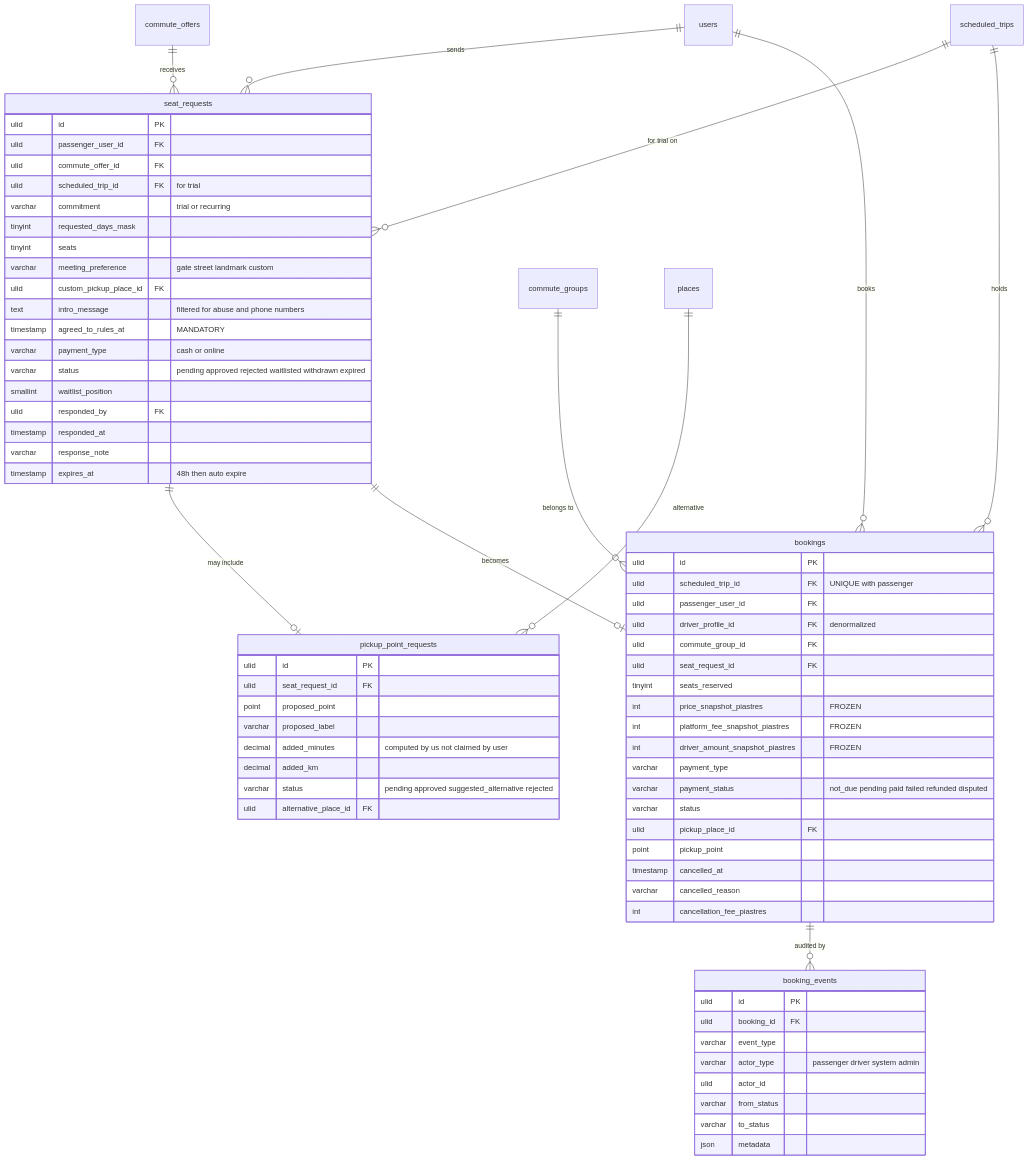
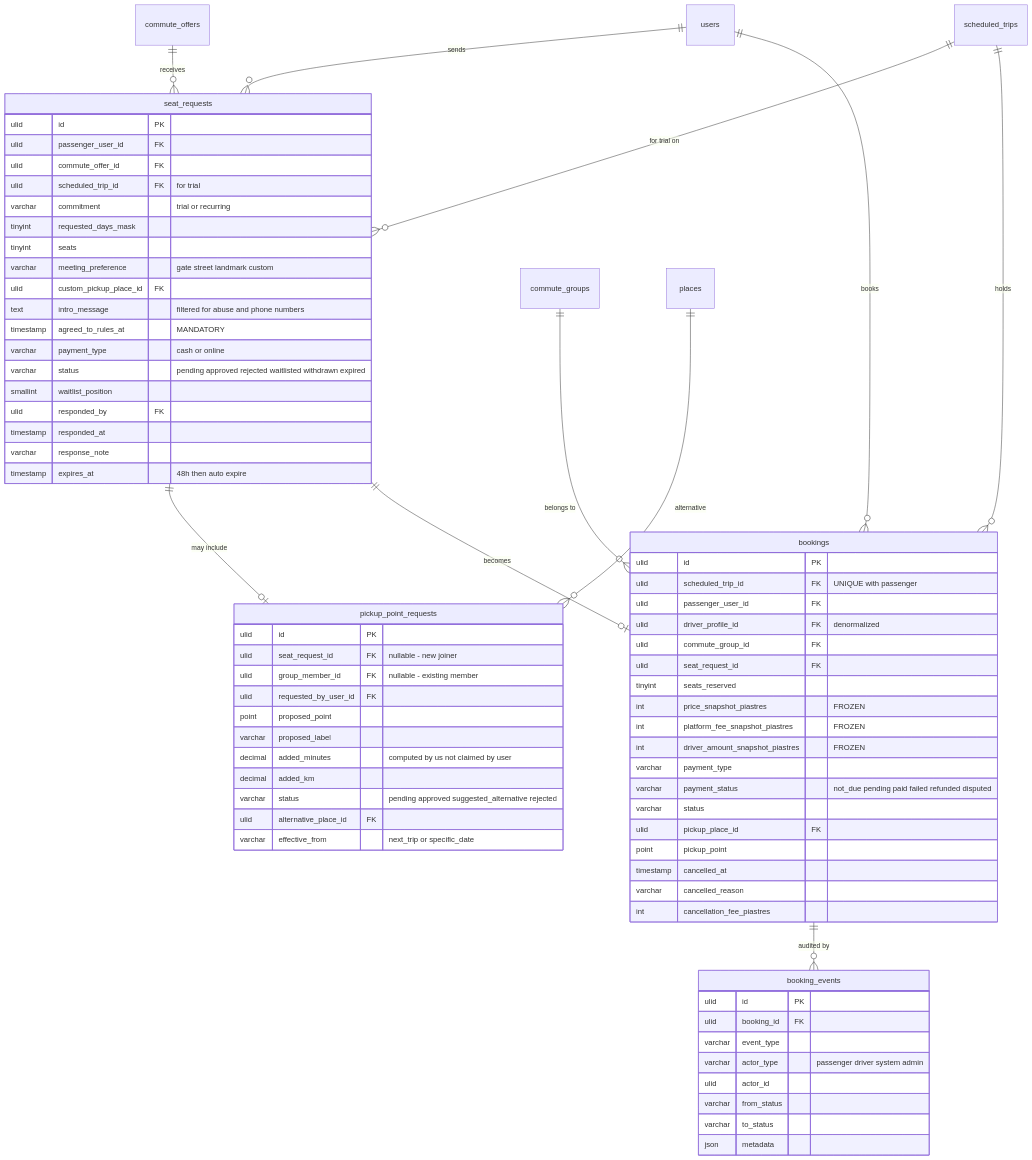
One commit to AhmedHamdy7/Rafeeq changed diagram 12 of 24 in Rafeeq doc/RAFEEQ_ERD.md. Above: the diagram before and after it, drawn with Mermaid. The commit also changed other lines of this file and 394 other files, not shown here.

````diff
--- a/Rafeeq doc/RAFEEQ_ERD.md
+++ b/Rafeeq doc/RAFEEQ_ERD.md
@@ -814,74 +856,77 @@
 ```mermaid
 erDiagram
     users ||--o{ seat_requests : sends
     commute_offers ||--o{ seat_requests : receives
     scheduled_trips ||--o{ seat_requests : "for trial on"
     seat_requests ||--o| pickup_point_requests : "may include"
     seat_requests ||--o| bookings : "becomes"
     scheduled_trips ||--o{ bookings : holds
     users ||--o{ bookings : books
     commute_groups ||--o{ bookings : "belongs to"
     bookings ||--o{ booking_events : "audited by"
     places ||--o{ pickup_point_requests : "alternative"
 
     seat_requests {
         ulid id PK
         ulid passenger_user_id FK
         ulid commute_offer_id FK
         ulid scheduled_trip_id FK "for trial"
         varchar commitment "trial or recurring"
         tinyint requested_days_mask
         tinyint seats
         varchar meeting_preference "gate street landmark custom"
         ulid custom_pickup_place_id FK
         text intro_message "filtered for abuse and phone numbers"
         timestamp agreed_to_rules_at "MANDATORY"
         varchar payment_type "cash or online"
         varchar status "pending approved rejected waitlisted withdrawn expired"
         smallint waitlist_position
         ulid responded_by FK
         timestamp responded_at
         varchar response_note
         timestamp expires_at "48h then auto expire"
     }
     pickup_point_requests {
         ulid id PK
-        ulid seat_request_id FK
+        ulid seat_request_id FK "nullable - new joiner"
+        ulid group_member_id FK "nullable - existing member"
+        ulid requested_by_user_id FK
         point proposed_point
         varchar proposed_label
         decimal added_minutes "computed by us not claimed by user"
         decimal added_km
         varchar status "pending approved suggested_alternative rejected"
         ulid alternative_place_id FK
+        varchar effective_from "next_trip or specific_date"
     }
     bookings {
         ulid id PK
         ulid scheduled_trip_id FK "UNIQUE with passenger"
         ulid passenger_user_id FK
         ulid driver_profile_id FK "denormalized"
         ulid commute_group_id FK
         ulid seat_request_id FK
         tinyint seats_reserved
         int price_snapshot_piastres "FROZEN"
         int platform_fee_snapshot_piastres "FROZEN"
         int driver_amount_snapshot_piastres "FROZEN"
         varchar payment_type
         varchar payment_status "not_due pending paid failed refunded disputed"
         varchar status
         ulid pickup_place_id FK
         point pickup_point
         timestamp cancelled_at
         varchar cancelled_reason
         int cancellation_fee_piastres
     }
     booking_events {
         ulid id PK
         ulid booking_id FK
         varchar event_type
         varchar actor_type "passenger driver system admin"
         ulid actor_id
         varchar from_status
         varchar to_status
         json metadata
     }
 ```
````
